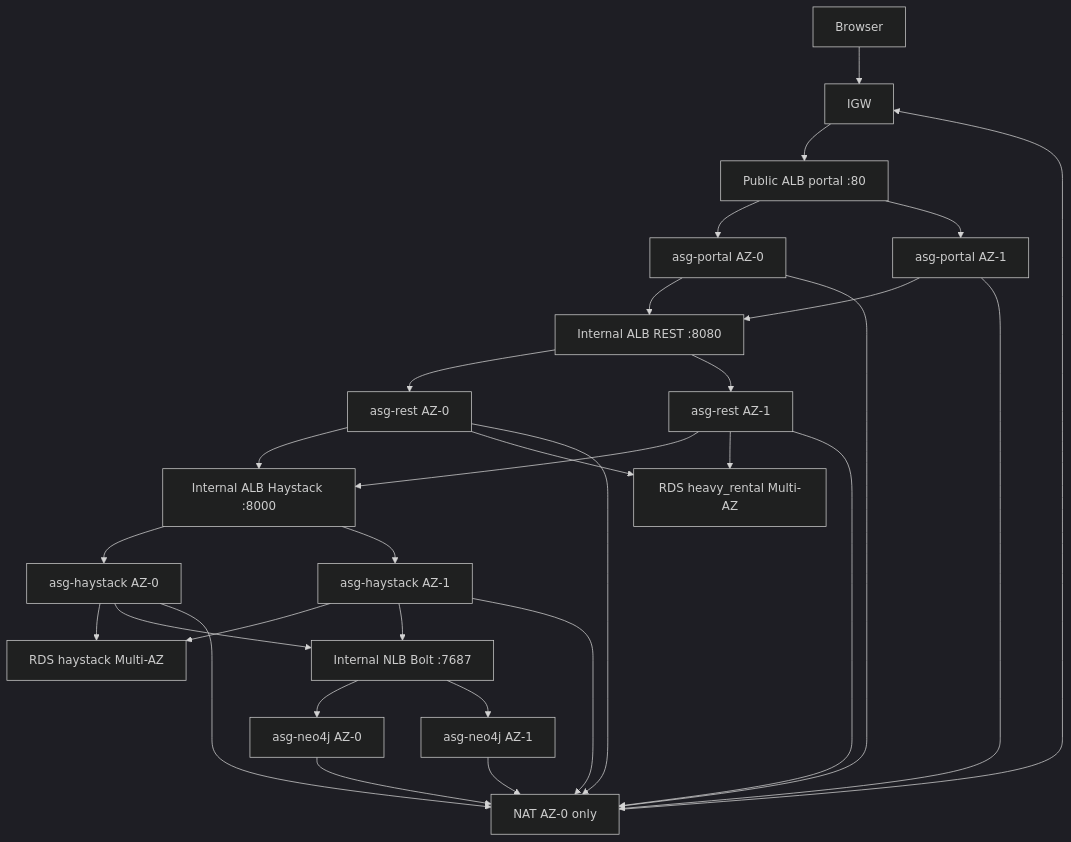
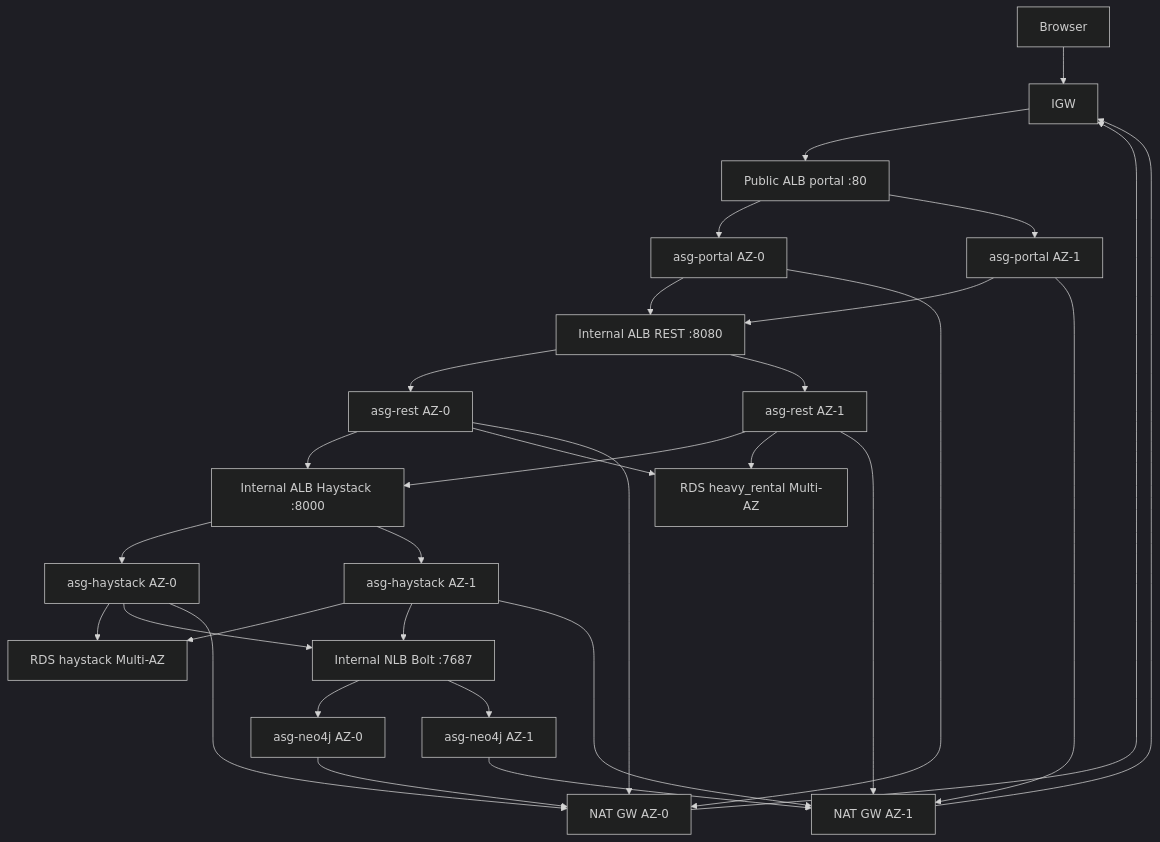
The diagram in docs/ARCHITECTURE.md (Heavy-Rental/heavy-rental-project-instructure-and-cloud-deploy), drawn with Mermaid (dark theme) before and after one commit. The commit also changed other lines of this file and 21 other files, not shown here.

````diff
--- a/docs/ARCHITECTURE.md
+++ b/docs/ARCHITECTURE.md
@@ -44,32 +44,33 @@
 ```mermaid
 flowchart TB
   browser[Browser] --> igw[IGW]
   igw --> albP[Public ALB portal :80]
   albP --> asgP0[asg-portal AZ-0]
   albP --> asgP1[asg-portal AZ-1]
   asgP0 --> albR[Internal ALB REST :8080]
   asgP1 --> albR
   albR --> asgR0[asg-rest AZ-0]
   albR --> asgR1[asg-rest AZ-1]
   asgR0 --> albH[Internal ALB Haystack :8000]
   asgR1 --> albH
   albH --> asgH0[asg-haystack AZ-0]
   albH --> asgH1[asg-haystack AZ-1]
   asgR0 --> rdsSor[RDS heavy_rental Multi-AZ]
   asgR1 --> rdsSor
   asgH0 --> rdsHs[RDS haystack Multi-AZ]
   asgH1 --> rdsHs
   asgH0 --> nlbN[Internal NLB Bolt :7687]
   asgH1 --> nlbN
   nlbN --> n4j0[asg-neo4j AZ-0]
   nlbN --> n4j1[asg-neo4j AZ-1]
-  asgP0 --> nat0[NAT AZ-0 only]
+  asgP0 --> nat0[NAT GW AZ-0]
   asgR0 --> nat0
   asgH0 --> nat0
   n4j0 --> nat0
-  asgP1 --> nat0
-  asgR1 --> nat0
-  asgH1 --> nat0
-  n4j1 --> nat0
+  asgP1 --> nat1[NAT GW AZ-1]
+  asgR1 --> nat1
+  asgH1 --> nat1
+  n4j1 --> nat1
   nat0 --> igw
+  nat1 --> igw
 ```
````
